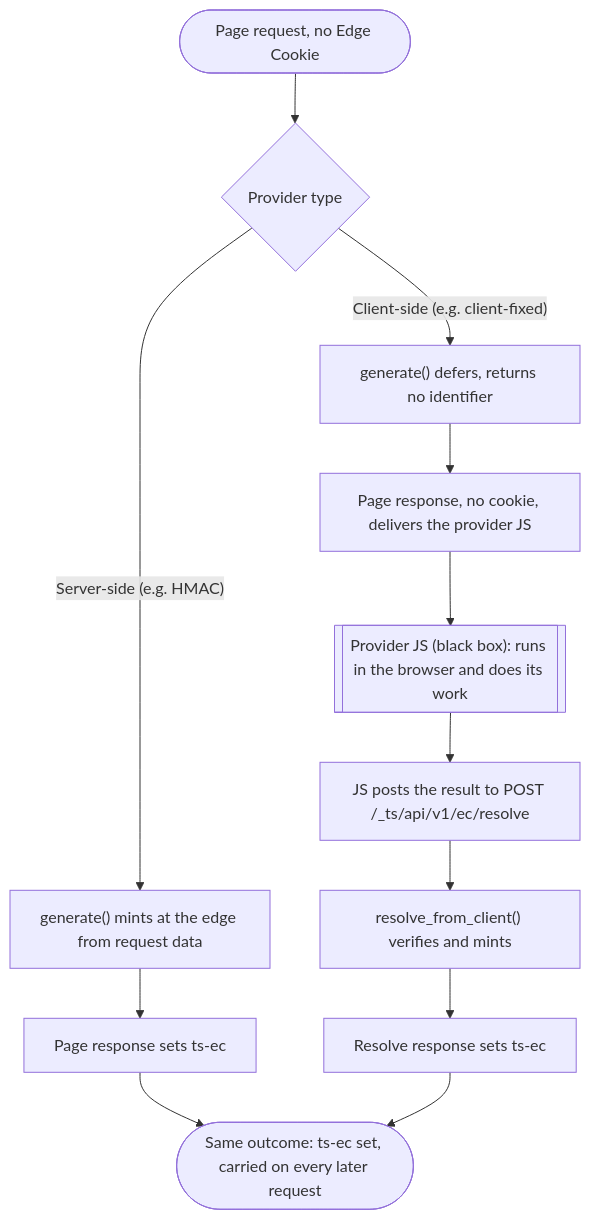
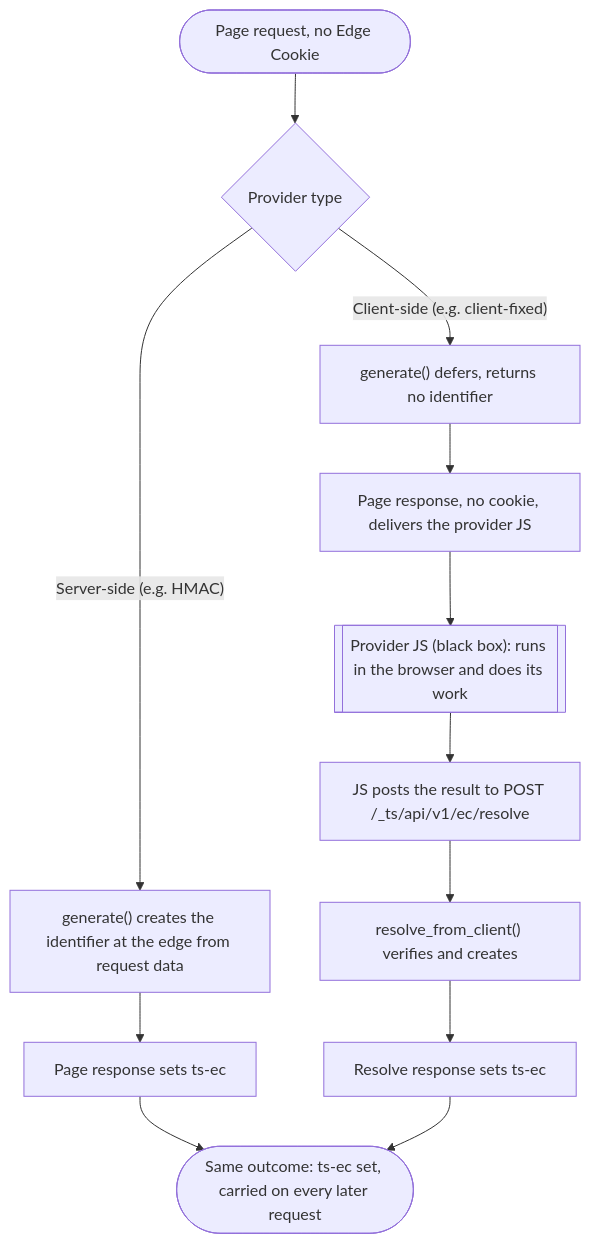
One commit to IABTechLab/trusted-server changed the fourth of 7 diagrams in docs/guide/edge-cookies.md. Above: the diagram before and after it, drawn with Mermaid. The commit also changed other lines of this file and 5 other files, not shown here.

````diff
--- a/docs/guide/edge-cookies.md
+++ b/docs/guide/edge-cookies.md
@@ -118,17 +118,17 @@
 ```mermaid
 flowchart TD
     Start(["Page request, no Edge Cookie"]) --> Type{"Provider type"}
 
-    Type -->|"Server-side (e.g. HMAC)"| SGen["generate() mints at the edge from request data"]
+    Type -->|"Server-side (e.g. HMAC)"| SGen["generate() creates the identifier at the edge from request data"]
     SGen --> SSet["Page response sets ts-ec"]
 
     Type -->|"Client-side (e.g. client-fixed)"| CDefer["generate() defers, returns no identifier"]
     CDefer --> CPage["Page response, no cookie, delivers the provider JS"]
     CPage --> CBox[["Provider JS (black box): runs in the browser and does its work"]]
     CBox --> CPost["JS posts the result to POST /_ts/api/v1/ec/resolve"]
-    CPost --> CResolve["resolve_from_client() verifies and mints"]
+    CPost --> CResolve["resolve_from_client() verifies and creates"]
     CResolve --> CSet["Resolve response sets ts-ec"]
 
     SSet --> Same(["Same outcome: ts-ec set, carried on every later request"])
     CSet --> Same
 ```
````
